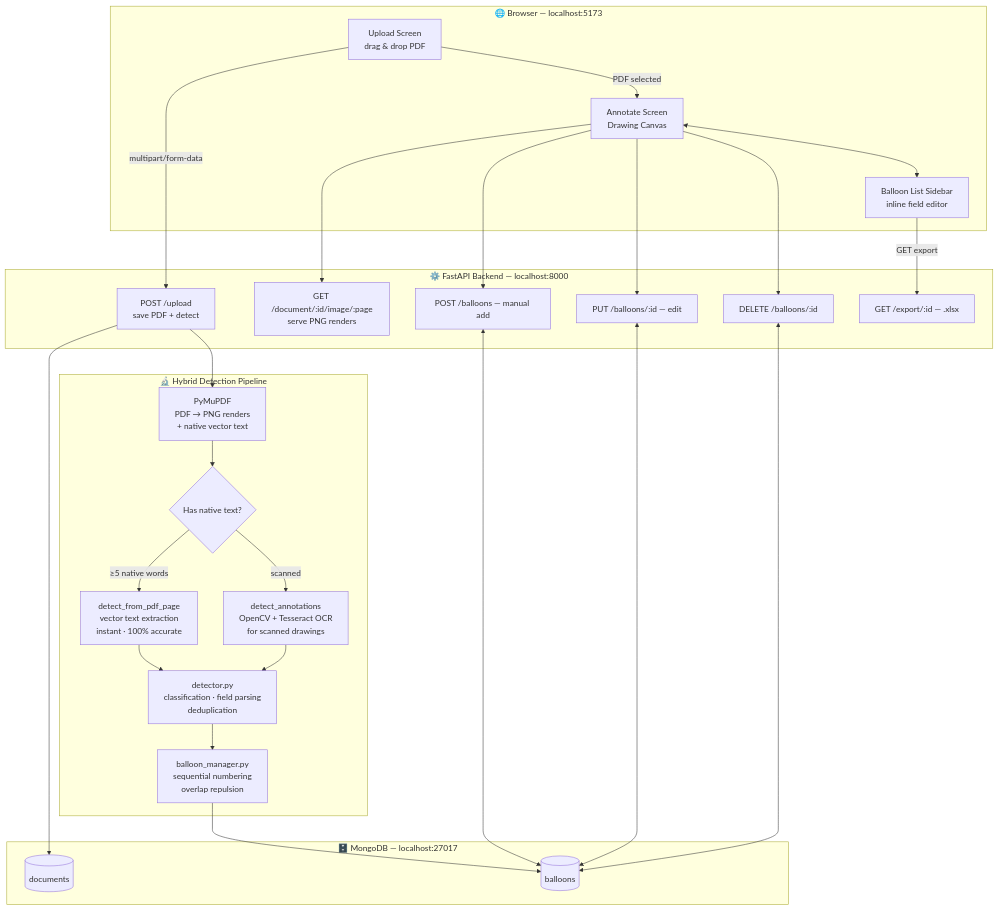
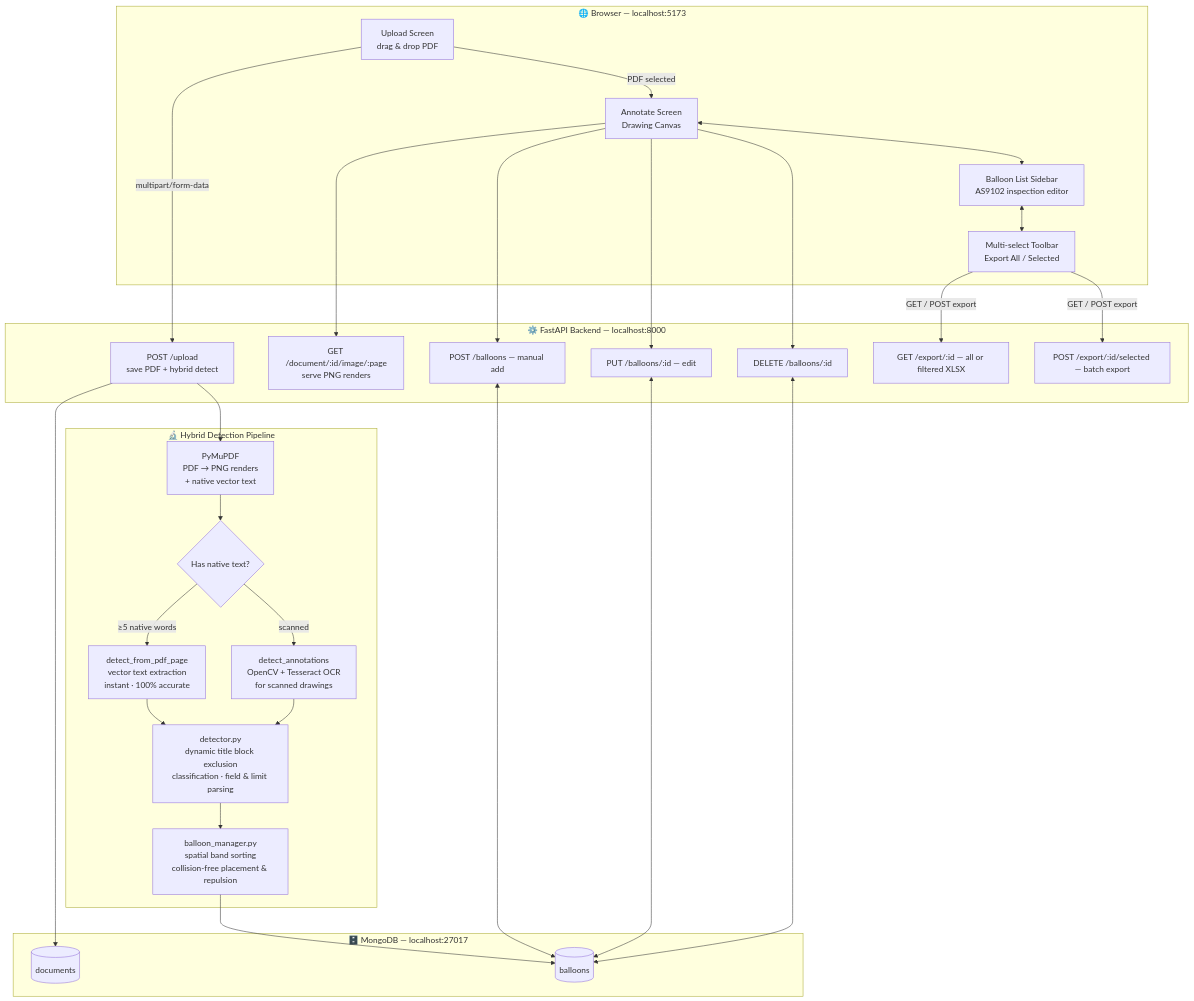
One commit to vidhan13i/CADLens changed the first of 3 diagrams in README.md. Above: the diagram before and after it, drawn with Mermaid. The commit also changed other lines of this file and 11 other files, not shown here.

Commit message:
feat: AS9102 Form 3 inspection fields, spatial balloon ordering, selective export, and updated docs

````diff
--- a/README.md
+++ b/README.md
@@ -29,45 +30,48 @@
 ```mermaid
 graph TD
     subgraph Browser["🌐 Browser — localhost:5173"]
         A1[Upload Screen<br/>drag & drop PDF]
         A2[Annotate Screen<br/>Drawing Canvas]
-        A3[Balloon List Sidebar<br/>inline field editor]
+        A3[Balloon List Sidebar<br/>AS9102 inspection editor]
+        A4[Multi-select Toolbar<br/>Export All / Selected]
         A1 -->|PDF selected| A2
         A2 <--> A3
+        A3 <--> A4
     end
 
     subgraph Backend["⚙️ FastAPI Backend — localhost:8000"]
-        B1["POST /upload<br/>save PDF + detect"]
+        B1["POST /upload<br/>save PDF + hybrid detect"]
         B2["GET /document/:id/image/:page<br/>serve PNG renders"]
         B3["POST /balloons — manual add"]
         B4["PUT /balloons/:id — edit"]
         B5["DELETE /balloons/:id"]
-        B6["GET /export/:id — .xlsx"]
+        B6["GET /export/:id — all or filtered XLSX"]
+        B7["POST /export/:id/selected — batch export"]
     end
 
     subgraph Processing["🔬 Hybrid Detection Pipeline"]
         C1[PyMuPDF<br/>PDF → PNG renders<br/>+ native vector text]
         C2{Has native text?}
         C3[detect_from_pdf_page<br/>vector text extraction<br/>instant · 100% accurate]
         C4[detect_annotations<br/>OpenCV + Tesseract OCR<br/>for scanned drawings]
-        C5[detector.py<br/>classification · field parsing<br/>deduplication]
-        C6[balloon_manager.py<br/>sequential numbering<br/>overlap repulsion]
+        C5[detector.py<br/>dynamic title block exclusion<br/>classification · field & limit parsing]
+        C6[balloon_manager.py<br/>spatial band sorting<br/>collision-free placement & repulsion]
         C1 --> C2
         C2 -->|≥5 native words| C3
         C2 -->|scanned| C4
         C3 & C4 --> C5 --> C6
     end
 
     subgraph DB["🗄️ MongoDB — localhost:27017"]
         D1[(documents)]
         D2[(balloons)]
     end
 
     A1 -->|multipart/form-data| B1
     A2 --> B2 & B3 & B4 & B5
-    A3 -->|GET export| B6
+    A4 -->|GET / POST export| B6 & B7
     B1 --> C1
     C6 --> D2
     B1 --> D1
     B3 & B4 & B5 <--> D2
 ```
````
